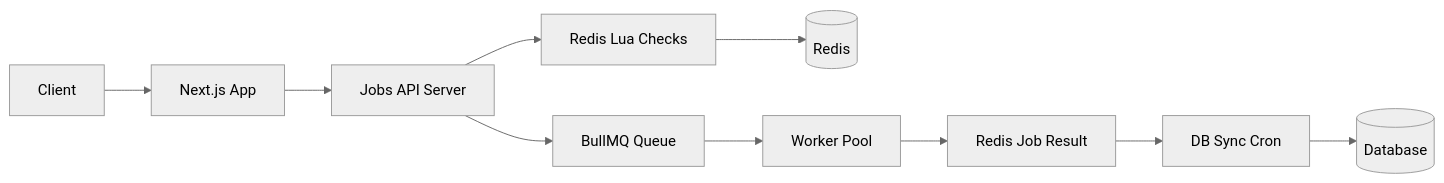
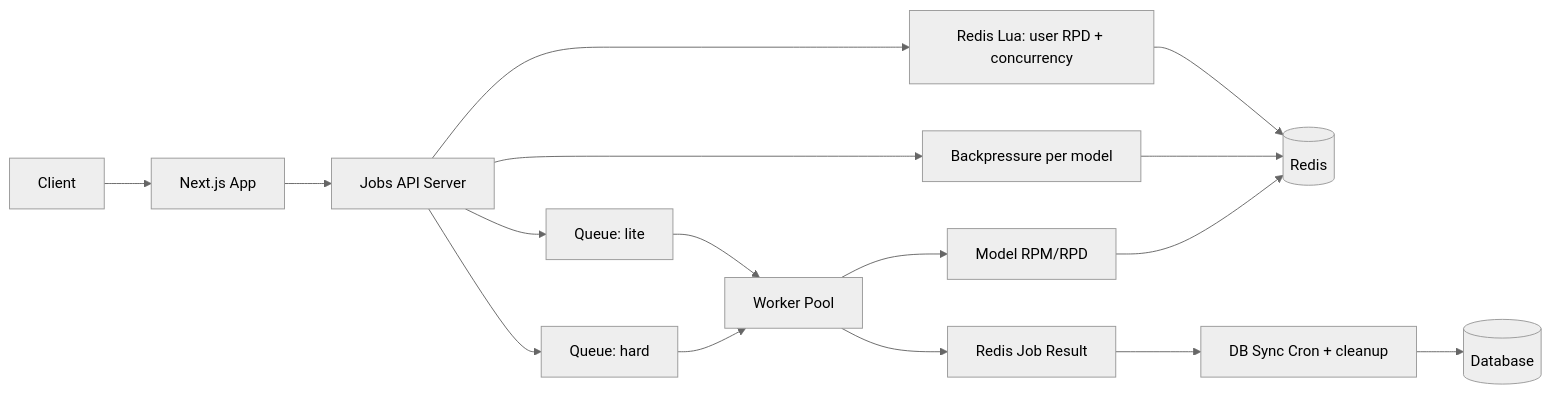
One commit to DmitriyMuliak/z1mak-cv-queue changed the first of 2 diagrams in README.md. Above: the diagram before and after it, drawn with Mermaid (neutral theme). The commit also changed other lines of this file and 3 other files, not shown here.

````diff
--- a/README.md
+++ b/README.md
@@ -38,17 +37,23 @@
 ```mermaid
 flowchart LR
 
     Client --> Next[Next.js App]
     Next --> API[Jobs API Server]
 
-    API --> Lua[Redis Lua Checks]
+    API --> Lua[Redis Lua: user RPD + concurrency]
+    API --> BP[Backpressure per model]
     Lua --> Redis[(Redis)]
+    BP --> Redis
 
-    API --> Queue[BullMQ Queue]
+    API --> QueueLite[Queue: lite]
+    API --> QueueHard[Queue: hard]
 
-    Queue --> Worker[Worker Pool]
+    QueueLite --> Worker[Worker Pool]
+    QueueHard --> Worker
+    Worker --> Limits[Model RPM/RPD]
+    Limits --> Redis
     Worker --> Result[Redis Job Result]
 
-    Result --> Sync[DB Sync Cron]
+    Result --> Sync[DB Sync Cron + cleanup]
     Sync --> DB[(Database)]
 ```
````
